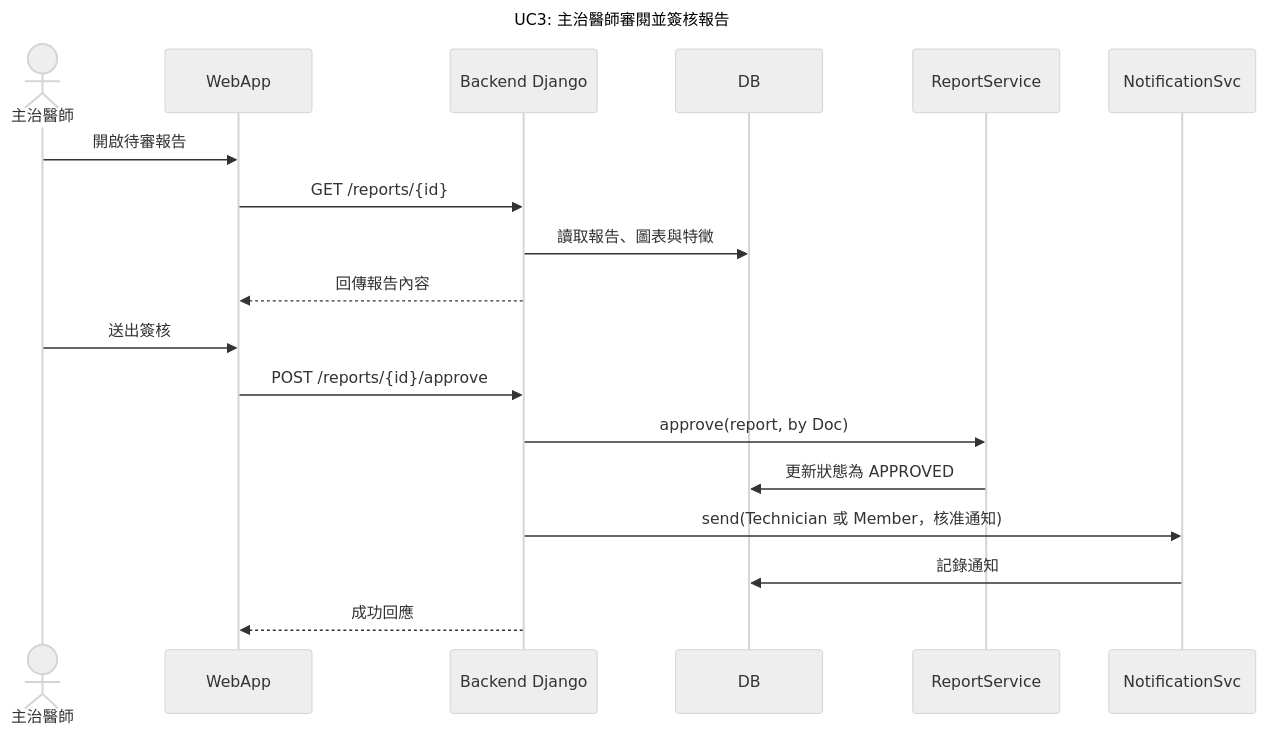
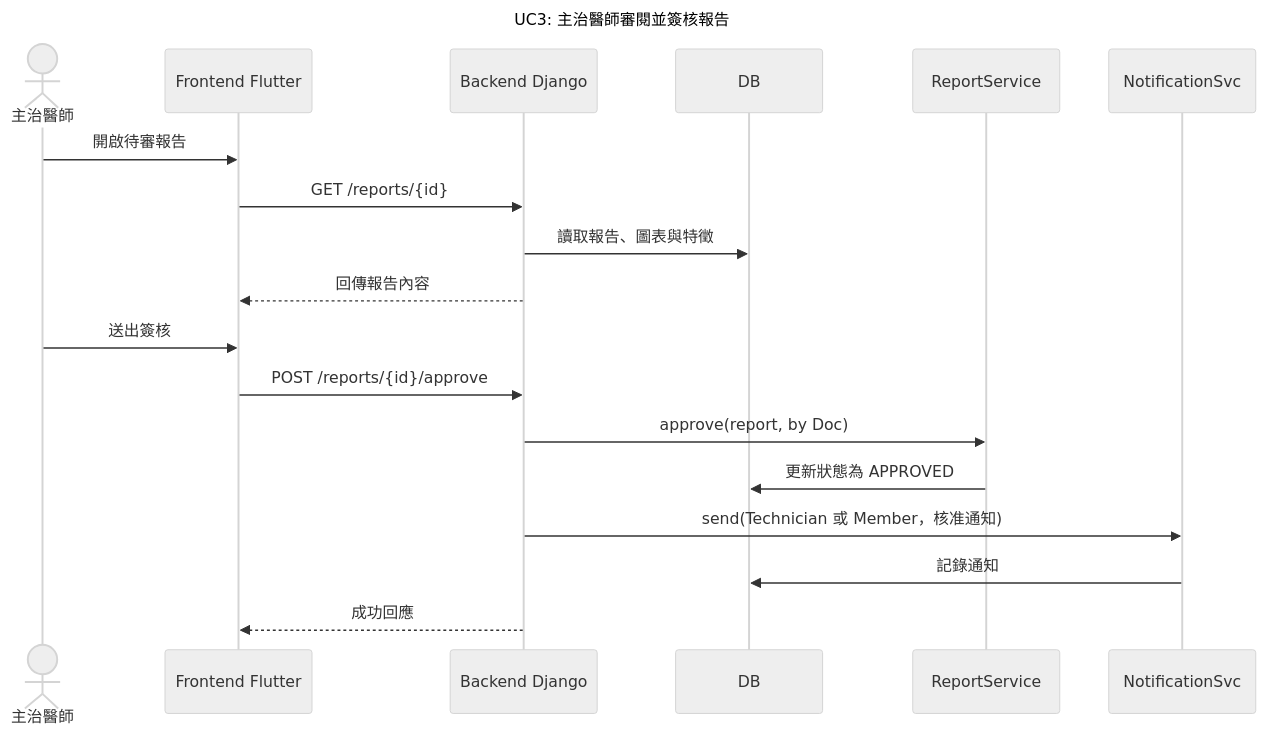
One commit to EEGReport-SystemAnalysis/One-Click-EEG-Report-Generation-System changed the sixth of 7 diagrams in hw5.md. Above: the diagram before and after it, drawn with Mermaid (neutral theme). The commit also changed other lines of this file, not shown here.

````diff
--- a/hw5.md
+++ b/hw5.md
@@ -260,24 +260,24 @@
 ```mermaid
 sequenceDiagram
-    %% UC3: 主治醫師審閱並簽核報告
+    %% UC3: 主治醫師審閱並簽核報告                
     title UC3: 主治醫師審閱並簽核報告
 
     actor Doc as 主治醫師
-    participant UI as WebApp
+    participant UI as Frontend Flutter
     participant API as Backend Django
     participant DB as DB
     participant RS as ReportService
     participant NS as NotificationSvc
 
     Doc ->> UI: 開啟待審報告
     UI ->> API: GET /reports/{id}
     API ->> DB: 讀取報告、圖表與特徵
     API -->> UI: 回傳報告內容
     Doc ->> UI: 送出簽核
     UI ->> API: POST /reports/{id}/approve
     API ->> RS: approve(report, by Doc)
     RS ->> DB: 更新狀態為 APPROVED
     API ->> NS: send(Technician 或 Member，核准通知)
     NS ->> DB: 記錄通知
     API -->> UI: 成功回應
 ```
````
